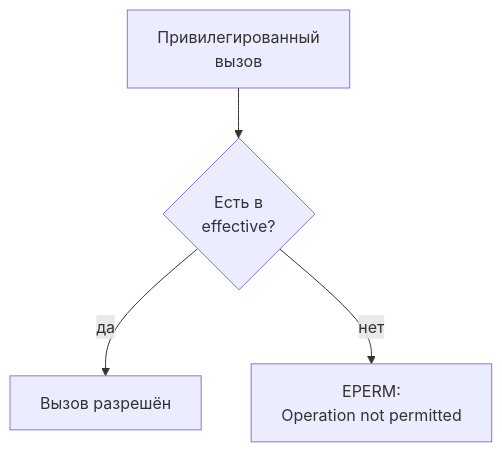
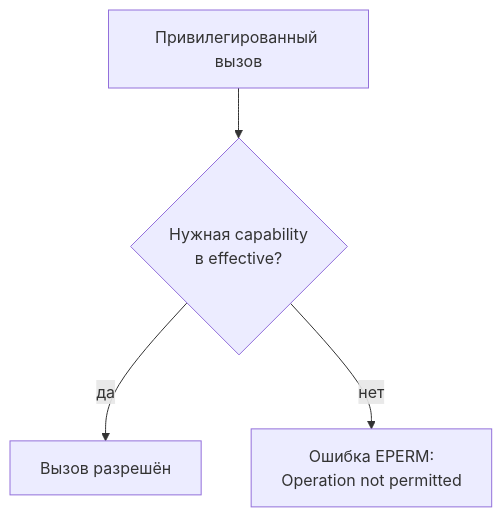
The first of 2 diagrams in content/stage-4/linux-capabilities.md (not-obfuscation/AppSec-guidebook), drawn with Mermaid before and after one commit. The commit also changed other lines of this file and 214 other files, not shown here.

````diff
--- a/content/stage-4/linux-capabilities.md
+++ b/content/stage-4/linux-capabilities.md
@@ -231,6 +188,6 @@
 ```mermaid
-flowchart TD
-    A[Привилегированный<br/>вызов] --> B{Есть в<br/>effective?}
+flowchart TB
+    A[Привилегированный вызов] --> B{Нужная capability<br/>в effective?}
     B -- да --> C[Вызов разрешён]
-    B -- нет --> D[EPERM:<br/>Operation not permitted]
+    B -- нет --> D[Ошибка EPERM:<br/>Operation not permitted]
 ```
````
